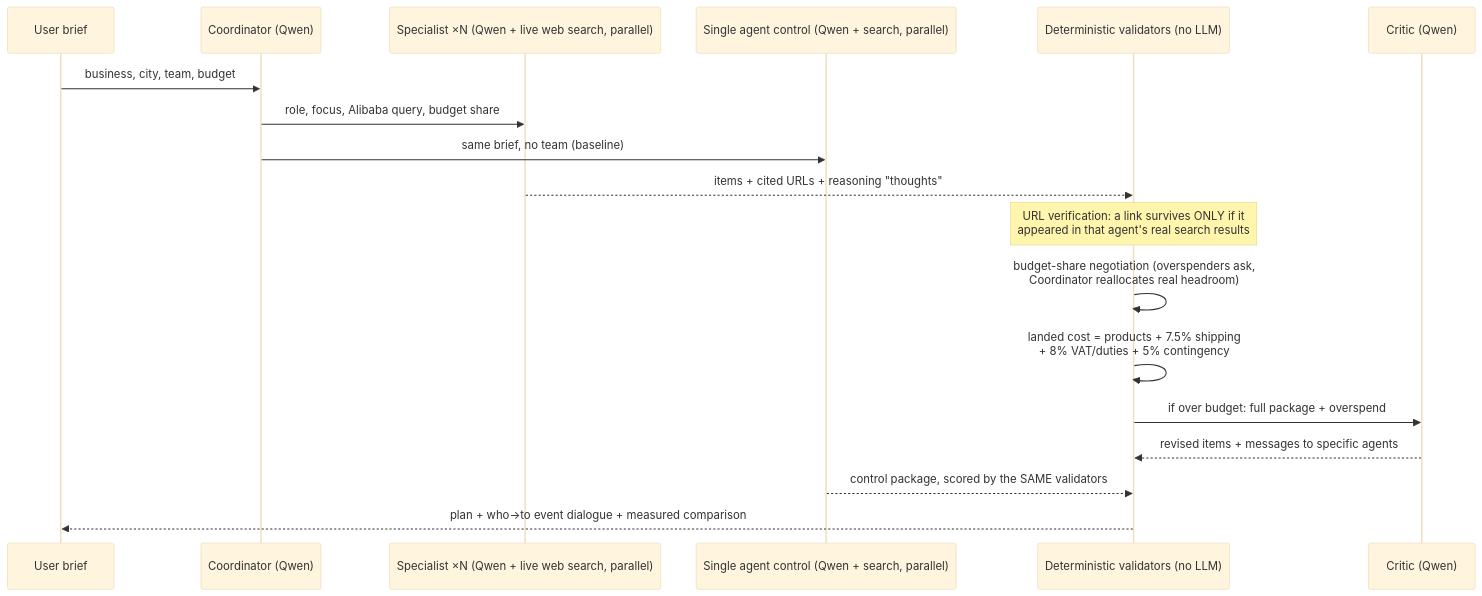
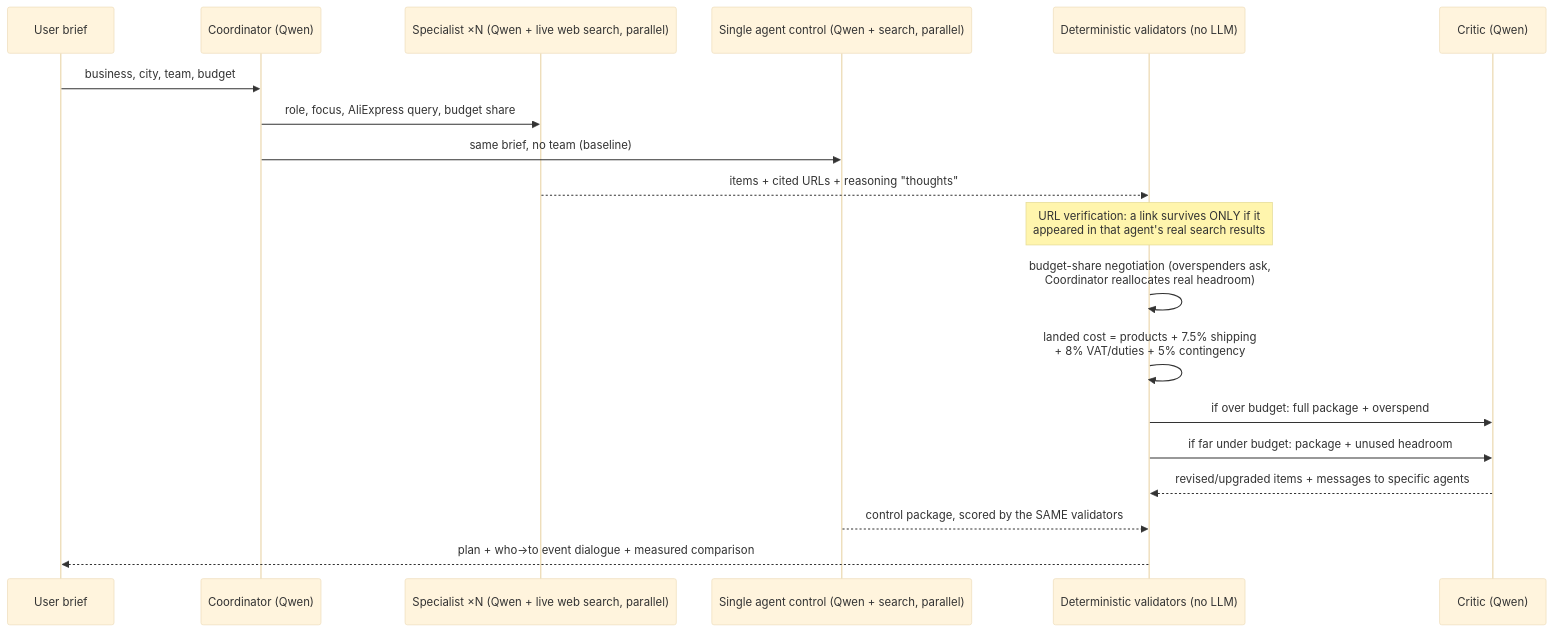
Before and after one commit to teawa-b/QwenHackathon-2: the second of 2 diagrams in docs/ARCHITECTURE.md, drawn with Mermaid (base theme). The commit also changed other lines of this file and 6 other files, not shown here.

First line of the commit message:
Source from AliExpress, fix budget underspend, add PDF download to results

````diff
--- a/docs/ARCHITECTURE.md
+++ b/docs/ARCHITECTURE.md
@@ -48,21 +48,22 @@
 ```mermaid
 sequenceDiagram
     participant U as User brief
     participant C as Coordinator (Qwen)
     participant S1 as Specialist ×N (Qwen + live web search, parallel)
     participant B as Single agent control (Qwen + search, parallel)
     participant V as Deterministic validators (no LLM)
     participant K as Critic (Qwen)
 
     U->>C: business, city, team, budget
-    C->>S1: role, focus, Alibaba query, budget share
+    C->>S1: role, focus, AliExpress query, budget share
     C->>B: same brief, no team (baseline)
     S1-->>V: items + cited URLs + reasoning "thoughts"
     Note over V: URL verification: a link survives ONLY if it<br/>appeared in that agent's real search results
     V->>V: budget-share negotiation (overspenders ask,<br/>Coordinator reallocates real headroom)
     V->>V: landed cost = products + 7.5% shipping<br/>+ 8% VAT/duties + 5% contingency
     V->>K: if over budget: full package + overspend
-    K-->>V: revised items + messages to specific agents
+    V->>K: if far under budget: package + unused headroom
+    K-->>V: revised/upgraded items + messages to specific agents
     B-->>V: control package, scored by the SAME validators
     V-->>U: plan + who→to event dialogue + measured comparison
 ```
````
